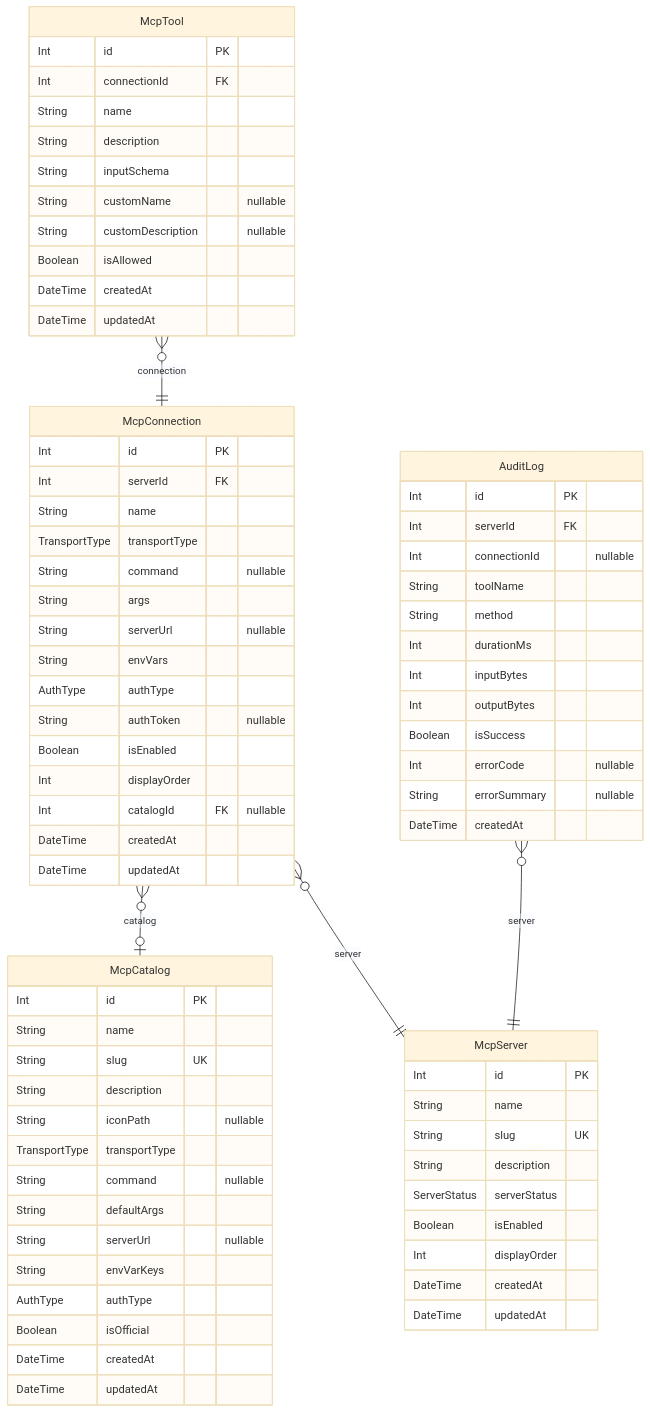
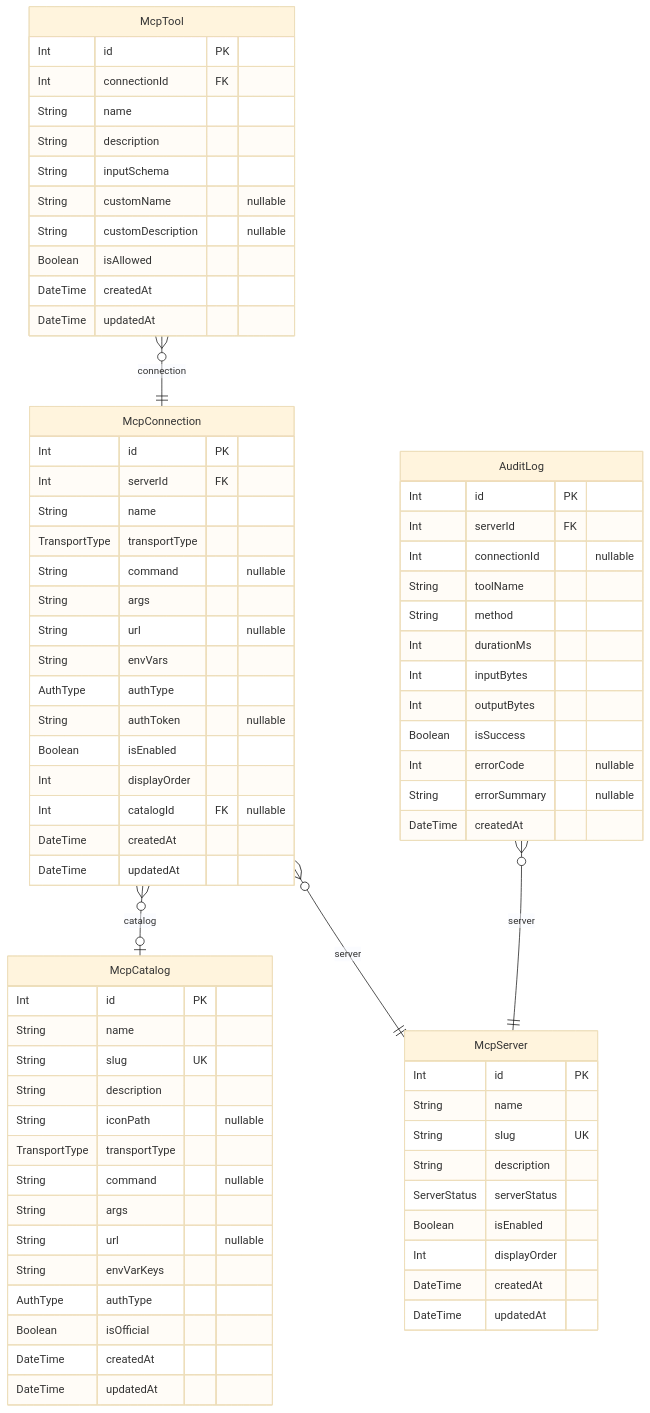
Before and after one commit to rayven122/tumiki: the second of 2 diagrams in apps/desktop/prisma/README.md, drawn with Mermaid (base theme). The commit also changed other lines of this file and 1 other file, not shown here.

````diff
--- a/apps/desktop/prisma/README.md
+++ b/apps/desktop/prisma/README.md
@@ -37,77 +37,77 @@
 ```mermaid
 erDiagram
 "McpCatalog" {
   Int id PK
   String name
   String slug UK
   String description
   String iconPath "nullable"
   TransportType transportType
   String command "nullable"
-  String defaultArgs
-  String serverUrl "nullable"
+  String args
+  String url "nullable"
   String envVarKeys
   AuthType authType
   Boolean isOfficial
   DateTime createdAt
   DateTime updatedAt
 }
 "McpServer" {
   Int id PK
   String name
   String slug UK
   String description
   ServerStatus serverStatus
   Boolean isEnabled
   Int displayOrder
   DateTime createdAt
   DateTime updatedAt
 }
 "McpConnection" {
   Int id PK
   Int serverId FK
   String name
   TransportType transportType
   String command "nullable"
   String args
-  String serverUrl "nullable"
+  String url "nullable"
   String envVars
   AuthType authType
   String authToken "nullable"
   Boolean isEnabled
   Int displayOrder
   Int catalogId FK "nullable"
   DateTime createdAt
   DateTime updatedAt
 }
 "McpTool" {
   Int id PK
   Int connectionId FK
   String name
   String description
   String inputSchema
   String customName "nullable"
   String customDescription "nullable"
   Boolean isAllowed
   DateTime createdAt
   DateTime updatedAt
 }
 "AuditLog" {
   Int id PK
   Int serverId FK
   Int connectionId "nullable"
   String toolName
   String method
   Int durationMs
   Int inputBytes
   Int outputBytes
   Boolean isSuccess
   Int errorCode "nullable"
   String errorSummary "nullable"
   DateTime createdAt
 }
 "McpConnection" }o--|| "McpServer" : server
 "McpConnection" }o--o| "McpCatalog" : catalog
 "McpTool" }o--|| "McpConnection" : connection
 "AuditLog" }o--|| "McpServer" : server
 ```
````
